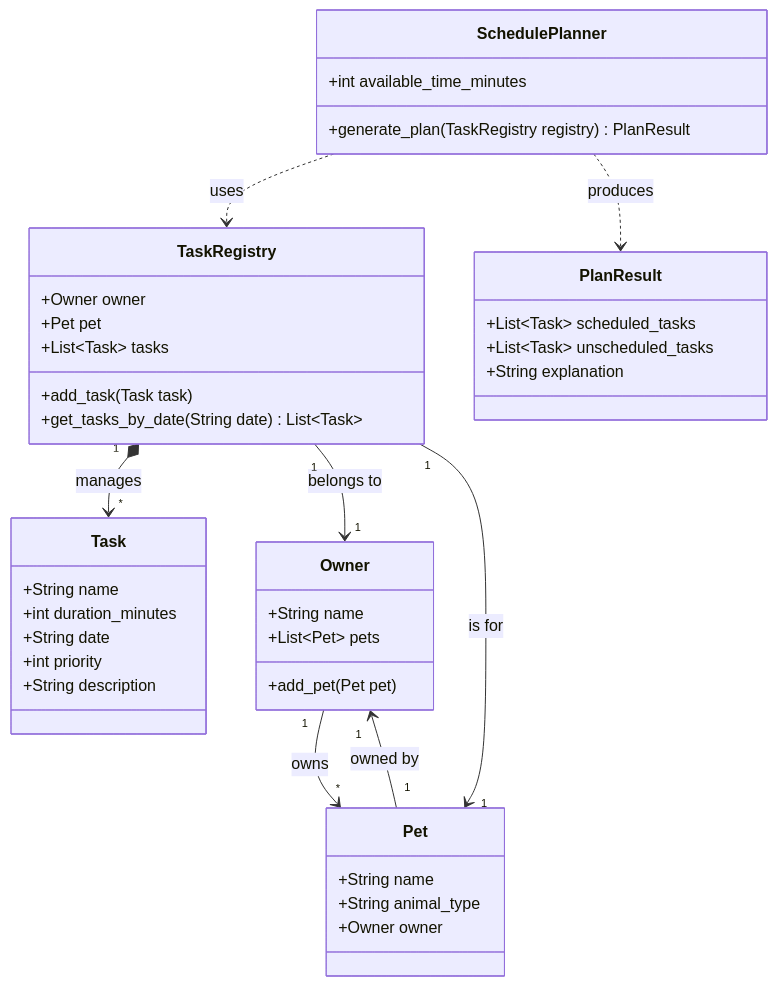
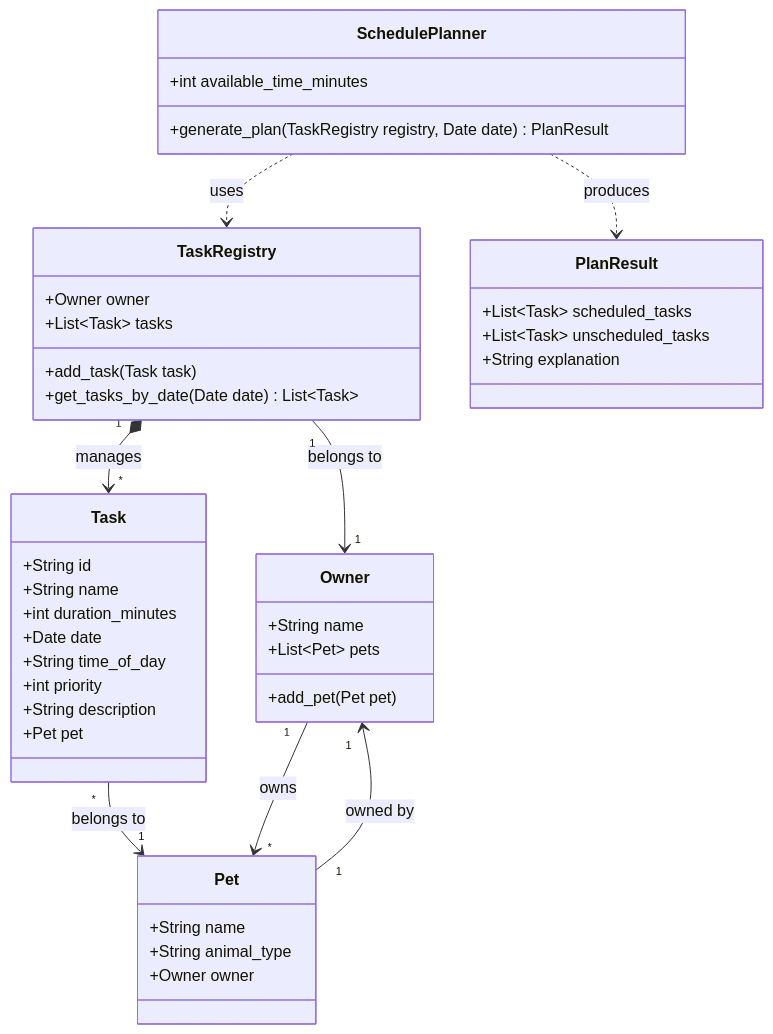
One commit to Einksul/ai110-module2show-pawpal-starter changed the diagram in UML.md. Above: the diagram before and after it, drawn with Mermaid. The commit also changed 3 other files, not shown here.

Commit message:
task planner exposed to all tasks

````diff
--- a/UML.md
+++ b/UML.md
@@ -3,50 +3,52 @@
 ```mermaid
 classDiagram
     class Owner {
         +String name
         +List~Pet~ pets
         +add_pet(Pet pet)
     }
 
     class Pet {
         +String name
         +String animal_type
         +Owner owner
     }
 
     class TaskRegistry {
         +Owner owner
-        +Pet pet
         +List~Task~ tasks
         +add_task(Task task)
-        +get_tasks_by_date(String date) List~Task~
+        +get_tasks_by_date(Date date) List~Task~
     }
 
     class Task {
+        +String id
         +String name
         +int duration_minutes
-        +String date
+        +Date date
+        +String time_of_day
         +int priority
         +String description
+        +Pet pet
     }
 
     %% Suggested Additions for Scheduling Logic
     class SchedulePlanner {
         +int available_time_minutes
-        +generate_plan(TaskRegistry registry) PlanResult
+        +generate_plan(TaskRegistry registry, Date date) PlanResult
     }
 
     class PlanResult {
         +List~Task~ scheduled_tasks
         +List~Task~ unscheduled_tasks
         +String explanation
     }
 
     Owner "1" --> "*" Pet : owns
     Pet "1" --> "1" Owner : owned by
     TaskRegistry "1" *--> "*" Task : manages
     TaskRegistry "1" --> "1" Owner : belongs to
-    TaskRegistry "1" --> "1" Pet : is for
+    Task "*" --> "1" Pet : belongs to
     SchedulePlanner ..> TaskRegistry : uses
     SchedulePlanner ..> PlanResult : produces
 ```
````
